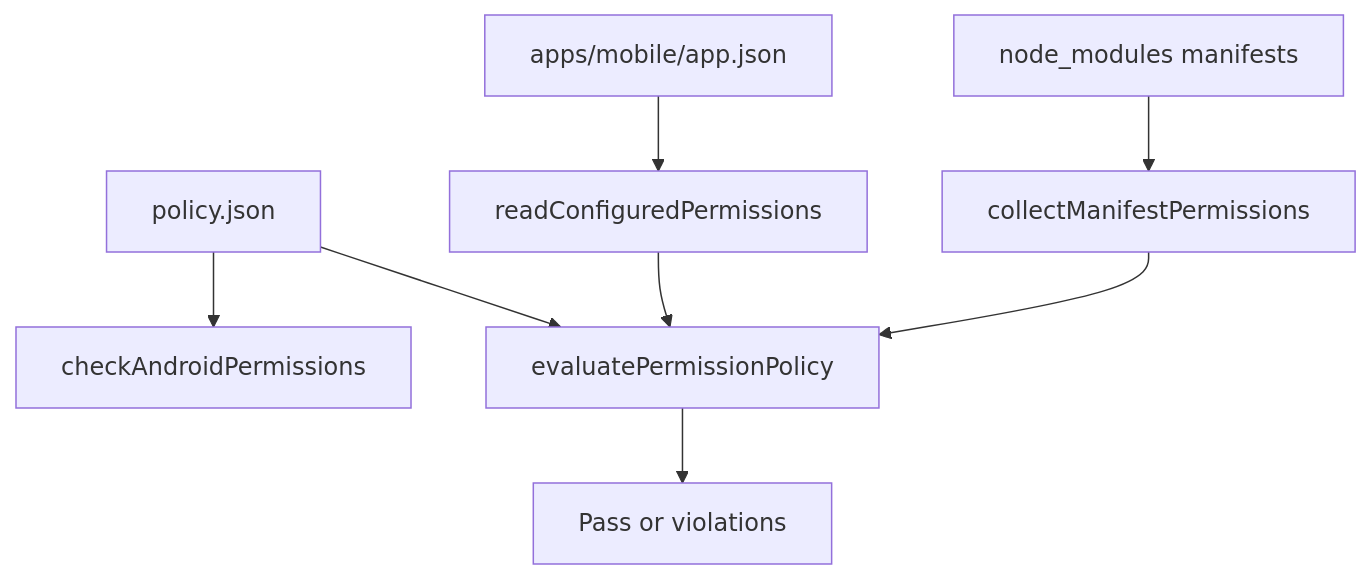
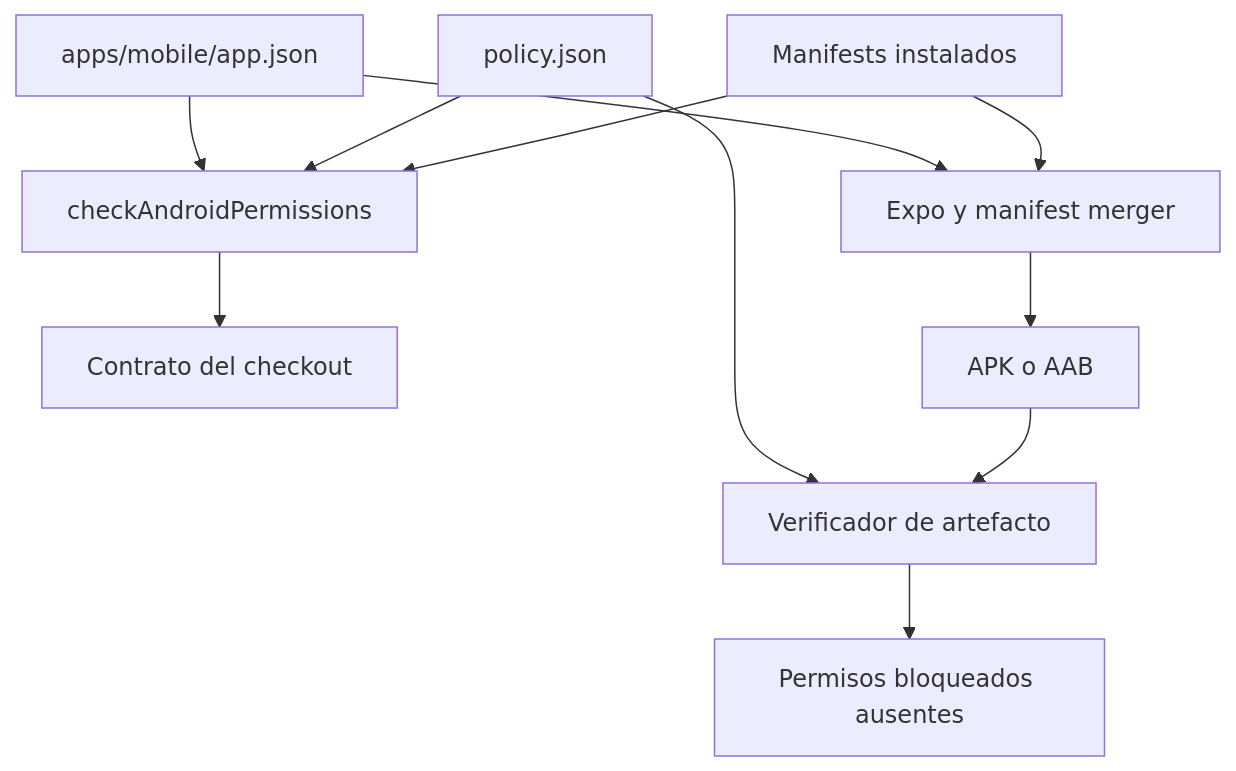
One commit to maximofn/gymnasia changed the first of 2 diagrams in openwiki/operations/android-permissions.md. Above: the diagram before and after it, drawn with Mermaid. The commit also changed other lines of this file and 49 other files, not shown here.

````diff
--- a/openwiki/operations/android-permissions.md
+++ b/openwiki/operations/android-permissions.md
@@ -24,10 +64,13 @@
 ```mermaid
 flowchart TD
-    Policy["policy.json"] --> Check["checkAndroidPermissions"]
-    AppConfig["apps/mobile/app.json"] --> ConfigRead["readConfiguredPermissions"]
-    Deps["node_modules manifests"] --> Scan["collectManifestPermissions"]
-    ConfigRead --> Evaluate["evaluatePermissionPolicy"]
-    Scan --> Evaluate
-    Policy --> Evaluate
-    Evaluate --> Result["Pass or violations"]
+    Config["apps/mobile/app.json"] --> Local["checkAndroidPermissions"]
+    Policy["policy.json"] --> Local
+    Dependencies["Manifests instalados"] --> Local
+    Local --> Checkout["Contrato del checkout"]
+    Config --> Build["Expo y manifest merger"]
+    Dependencies --> Build
+    Build --> Artifact["APK o AAB"]
+    Policy --> ArtifactCheck["Verificador de artefacto"]
+    Artifact --> ArtifactCheck
+    ArtifactCheck --> Release["Permisos bloqueados ausentes"]
 ```
````
